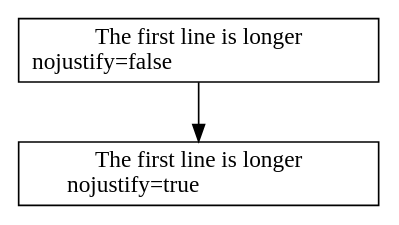
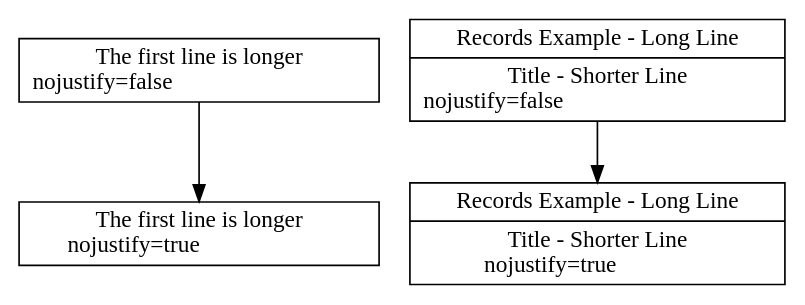
One commit to sisyphus1212/note changed diagram 11 of 11 in other/graphviz/tips.md. Above: the diagram before and after it, drawn with Graphviz.

Commit message:
auto_update

````diff
--- a/other/graphviz/tips.md
+++ b/other/graphviz/tips.md
@@ -226,8 +226,11 @@
 ```graphviz
 digraph G {
   node [width=3 shape=box]
   a [nojustify=false label="The first line is longer\nnojustify=false\l"]
   b [nojustify=true label="The first line is longer\nnojustify=true\l"]
   a -> b
+  c [nojustify=false shape=record label="{Records Example - Long Line\n | Title - Shorter Line\nnojustify=false\l}"]
+  d [nojustify=true shape=record label="{Records Example - Long Line\n | Title - Shorter Line\nnojustify=true\l}"]
+  c -> d
 }
 ```
````
